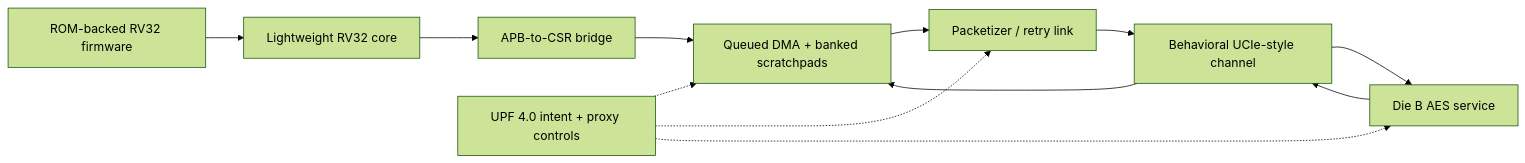
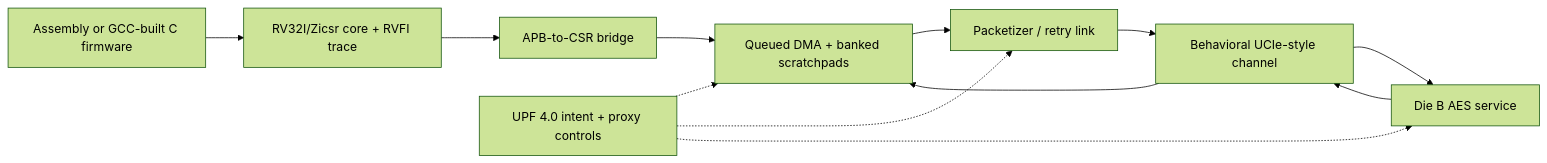
One commit to ed766/ucie_chiplet_soc changed the diagram in README.md. Above: the diagram before and after it, drawn with Mermaid (forest theme). The commit also changed other lines of this file and 69 other files, not shown here.

Commit message:
Add GCC firmware and ISS co-verification closure

````diff
--- a/README.md
+++ b/README.md
@@ -9,14 +9,14 @@
 ```mermaid
 flowchart LR
-    ROM["ROM-backed RV32 firmware"] --> CPU["Lightweight RV32 core"]
+    ROM["Assembly or GCC-built C firmware"] --> CPU["RV32I/Zicsr core + RVFI trace"]
     CPU --> APB["APB-to-CSR bridge"]
     APB --> DMA["Queued DMA + banked scratchpads"]
     DMA --> PKT["Packetizer / retry link"]
     PKT --> CH["Behavioral UCIe-style channel"]
     CH --> AES["Die B AES service"]
     AES --> CH
     CH --> DMA
     PWR["UPF 4.0 intent + proxy controls"] -.-> DMA
     PWR -.-> PKT
     PWR -.-> AES
 ```
````
